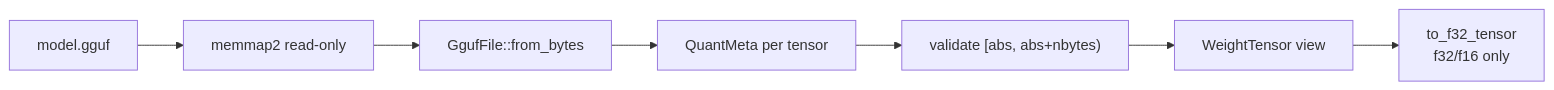
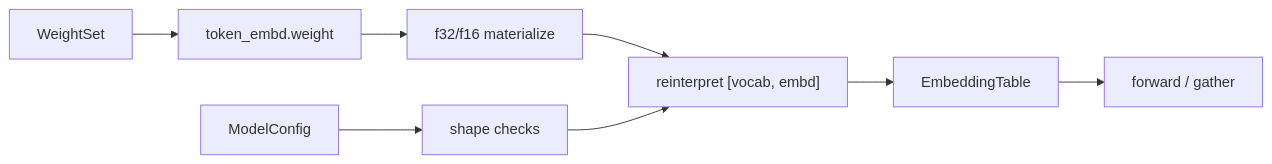
One commit to 404khai/phalanx changed the second of 2 diagrams in docs/architecture.md. Above: the diagram before and after it, drawn with Mermaid. The commit also changed other lines of this file and 70 other files, not shown here.

````diff
--- a/docs/architecture.md
+++ b/docs/architecture.md
@@ -52,9 +57,10 @@
 ```mermaid
 flowchart LR
-    Path["model.gguf"] --> Mmap["memmap2 read-only"]
-    Mmap --> Parse["GgufFile::from_bytes"]
-    Parse --> Meta["QuantMeta per tensor"]
-    Meta --> Span["validate [abs, abs+nbytes)"]
-    Span --> View["WeightTensor view"]
-    View --> Dense["to_f32_tensor<br/>f32/f16 only"]
+    W["WeightSet"] --> T["token_embd.weight"]
+    C["ModelConfig"] --> V["shape checks"]
+    T --> M["f32/f16 materialize"]
+    M --> R["reinterpret [vocab, embd]"]
+    V --> R
+    R --> E["EmbeddingTable"]
+    E --> G["forward / gather"]
 ```
````
